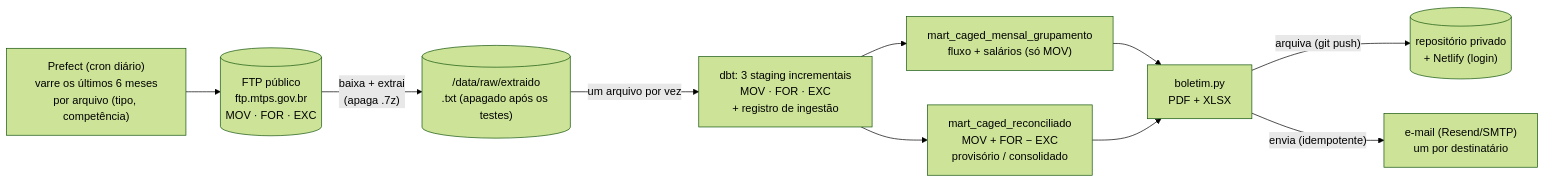
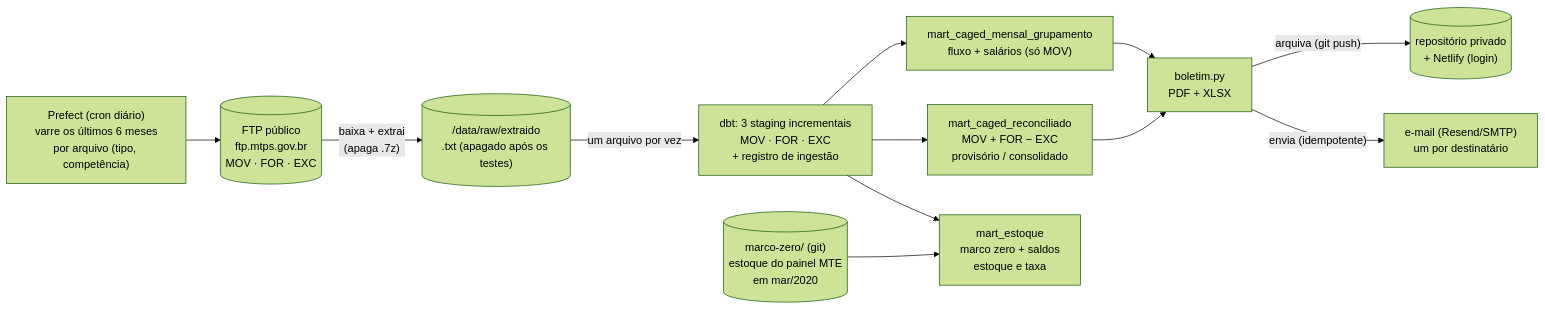
Before and after one commit to raulleninis/heco-caged-datastack: the first of 2 diagrams in README.md, drawn with Mermaid (forest theme). The commit also changed other lines of this file and 33 other files, not shown here.

````diff
--- a/README.md
+++ b/README.md
@@ -16,22 +16,26 @@
 ```mermaid
 flowchart LR
     FTP[("FTP público<br/>ftp.mtps.gov.br<br/>MOV · FOR · EXC")]
     SCAN["Prefect (cron diário)<br/>varre os últimos 6 meses<br/>por arquivo (tipo, competência)"]
     RAW[("/data/raw/extraido<br/>.txt (apagado após os testes)")]
     STG["dbt: 3 staging incrementais<br/>MOV · FOR · EXC<br/>+ registro de ingestão"]
     MART1["mart_caged_mensal_grupamento<br/>fluxo + salários (só MOV)"]
     MART2["mart_caged_reconciliado<br/>MOV + FOR − EXC<br/>provisório / consolidado"]
+    MZ[("marco-zero/ (git)<br/>estoque do painel MTE<br/>em mar/2020")]
+    MART3["mart_estoque<br/>marco zero + saldos<br/>estoque e taxa"]
     BOL["boletim.py<br/>PDF + XLSX"]
     ARQ[("repositório privado<br/>+ Netlify (login)")]
     MAIL["e-mail (Resend/SMTP)<br/>um por destinatário"]
 
     FTP -->|"baixa + extrai<br/>(apaga .7z)"| RAW
     SCAN --> FTP
     RAW -->|"um arquivo por vez"| STG
     STG --> MART1
     STG --> MART2
+    STG --> MART3
+    MZ --> MART3
     MART1 --> BOL
     MART2 --> BOL
     BOL -->|"arquiva (git push)"| ARQ
     BOL -->|"envia (idempotente)"| MAIL
 ```
````
